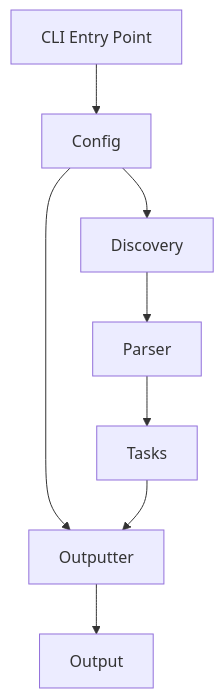
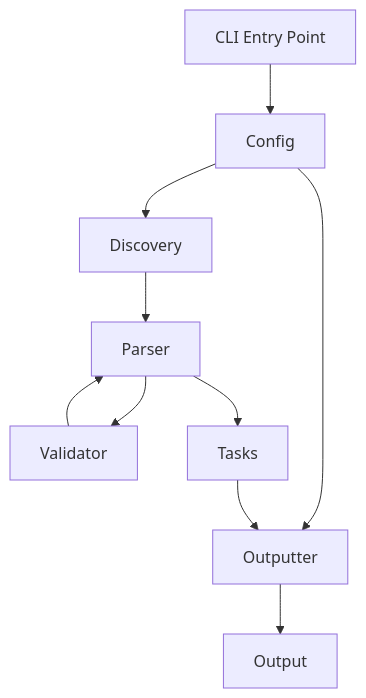
One commit to royw/taskfile_help changed the diagram in docs/development/architecture.md. Above: the diagram before and after it, drawn with Mermaid. The commit also changed other lines of this file and 4 other files, not shown here.

````diff
--- a/docs/development/architecture.md
+++ b/docs/development/architecture.md
@@ -7,10 +7,12 @@
 ```mermaid
 graph TD
     A[CLI Entry Point] --> B[Config]
     B --> C[Discovery]
     B --> D[Outputter]
     C --> E[Parser]
-    E --> F[Tasks]
-    F --> D
-    D --> G[Output]
+    E --> F[Validator]
+    F --> E
+    E --> G[Tasks]
+    G --> D
+    D --> H[Output]
 ```
````
